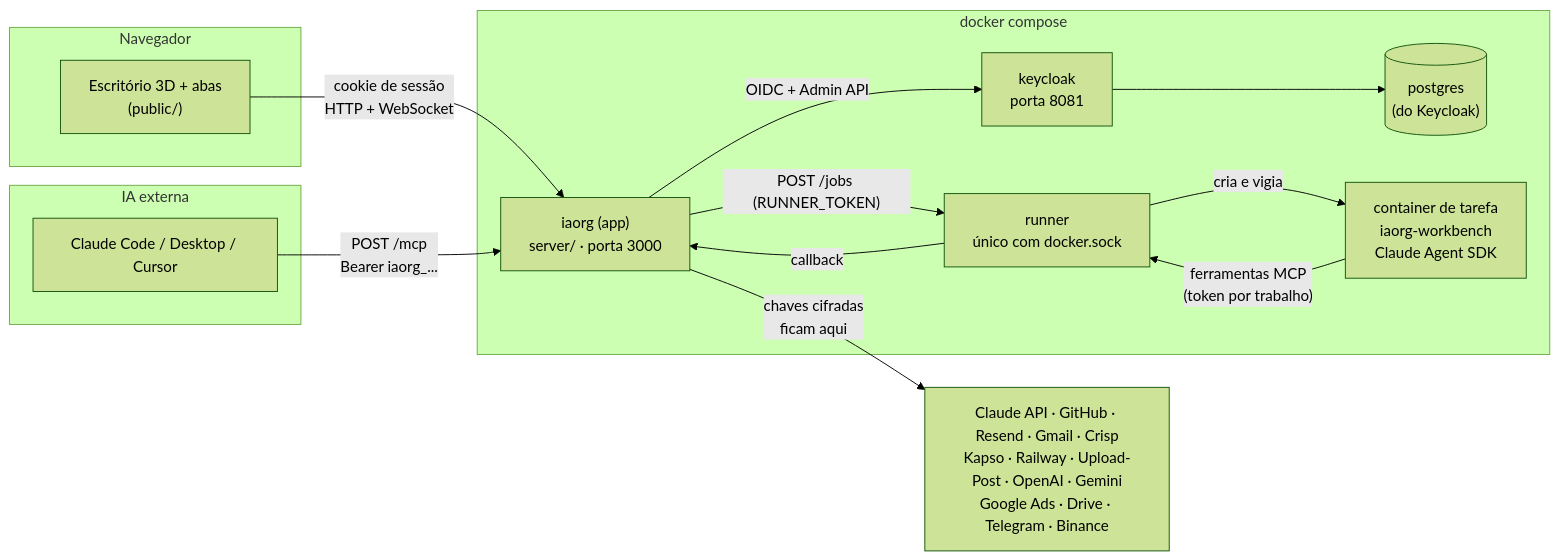
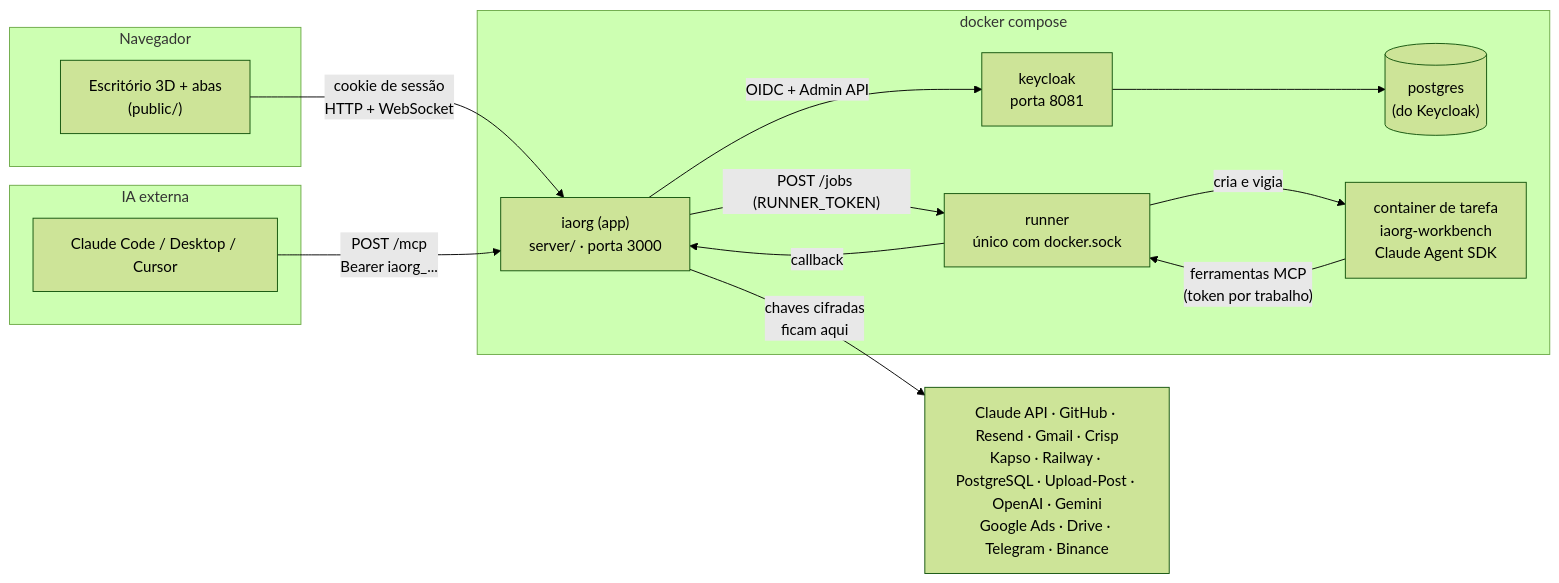
Before and after one commit to leandrolima123/iaorg: the first of 2 diagrams in README.md, drawn with Mermaid (forest theme). The commit also changed other lines of this file and 8 other files, not shown here.

First line of the commit message:
Integração PostgreSQL somente leitura (VPN/rede local) (#21)

````diff
--- a/README.md
+++ b/README.md
@@ -47,27 +47,27 @@
 ```mermaid
 flowchart LR
   subgraph Navegador
     UI["Escritório 3D + abas<br/>(public/)"]
   end
   subgraph IA externa
     CC["Claude Code / Desktop / Cursor"]
   end
 
   UI -- "cookie de sessão<br/>HTTP + WebSocket" --> APP
   CC -- "POST /mcp<br/>Bearer iaorg_..." --> APP
 
   subgraph Docker["docker compose"]
     APP["iaorg (app)<br/>server/ · porta 3000"]
     KC["keycloak<br/>porta 8081"]
     PG[("postgres<br/>(do Keycloak)")]
     RUN["runner<br/>único com docker.sock"]
     JOB["container de tarefa<br/>iaorg-workbench<br/>Claude Agent SDK"]
   end
 
   APP -- "OIDC + Admin API" --> KC --> PG
   APP -- "POST /jobs (RUNNER_TOKEN)" --> RUN
   RUN -- "cria e vigia" --> JOB
   JOB -- "ferramentas MCP<br/>(token por trabalho)" --> RUN -- "callback" --> APP
 
-  APP -- "chaves cifradas<br/>ficam aqui" --> EXT["Claude API · GitHub · Resend · Gmail · Crisp<br/>Kapso · Railway · Upload-Post · OpenAI · Gemini<br/>Google Ads · Drive · Telegram · Binance"]
+  APP -- "chaves cifradas<br/>ficam aqui" --> EXT["Claude API · GitHub · Resend · Gmail · Crisp<br/>Kapso · Railway · PostgreSQL · Upload-Post · OpenAI · Gemini<br/>Google Ads · Drive · Telegram · Binance"]
 ```
````
